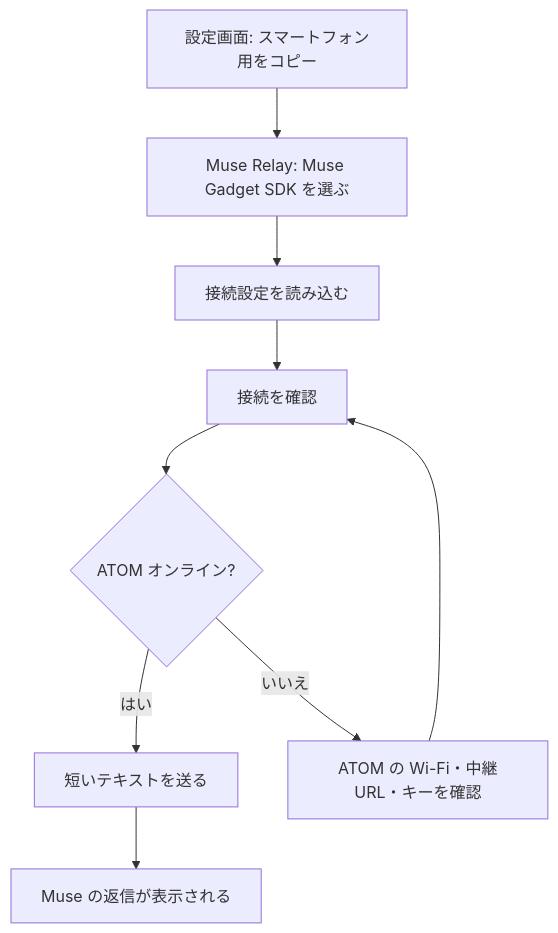
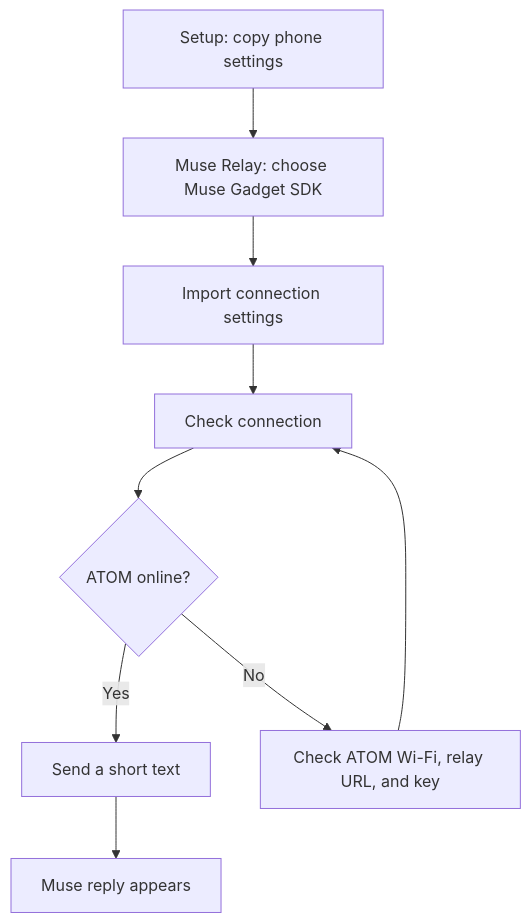
One commit to 3mintimer/muse-relay changed the second of 2 diagrams in docs/server.md. Above: the diagram before and after it, drawn with Mermaid. The commit also changed other lines of this file and 49 other files, not shown here.

````diff
--- a/docs/server.md
+++ b/docs/server.md
@@ -89,11 +91,11 @@
 ```mermaid
 flowchart TD
-  A[設定画面: スマートフォン用をコピー] --> B[Muse Relay: Muse Gadget SDK を選ぶ]
-  B --> C[接続設定を読み込む]
-  C --> D[接続を確認]
-  D --> E{ATOM オンライン?}
-  E -->|はい| F[短いテキストを送る]
-  E -->|いいえ| G[ATOM の Wi-Fi・中継URL・キーを確認]
+  A[Setup: copy phone settings] --> B[Muse Relay: choose Muse Gadget SDK]
+  B --> C[Import connection settings]
+  C --> D[Check connection]
+  D --> E{ATOM online?}
+  E -->|Yes| F[Send a short text]
+  E -->|No| G[Check ATOM Wi-Fi, relay URL, and key]
   G --> D
-  F --> H[Muse の返信が表示される]
+  F --> H[Muse reply appears]
 ```
````
